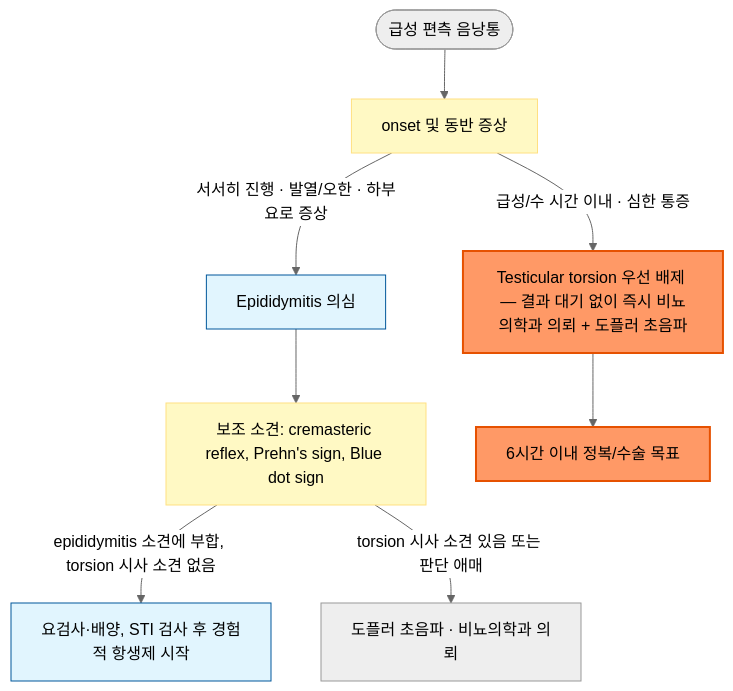
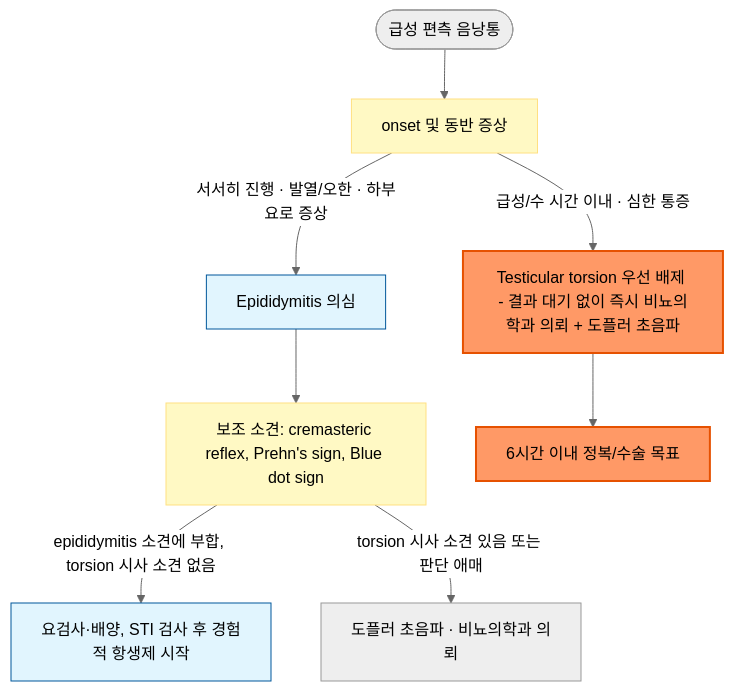
Before and after one commit to familyoh77/familyoh77: the diagram in 227_/121_-acute-epididymitis.md, drawn with Mermaid (neutral theme). The commit also changed other lines of this file and 122 other files, not shown here.

````diff
--- a/227_/121_-acute-epididymitis.md
+++ b/227_/121_-acute-epididymitis.md
@@ -98,16 +98,16 @@
 ```mermaid
 graph TD
     Start([급성 편측 음낭통]) --> Onset[onset 및 동반 증상]
-    Onset -->|급성/수 시간 이내 · 심한 통증| Torsion[Testicular torsion 우선 배제 — 결과 대기 없이 즉시 비뇨의학과 의뢰 + 도플러 초음파]
+    Onset -->|급성/수 시간 이내 · 심한 통증| Torsion[Testicular torsion 우선 배제 - 결과 대기 없이 즉시 비뇨의학과 의뢰 + 도플러 초음파]
     Onset -->|서서히 진행 · 발열/오한 · 하부요로 증상| Epi[Epididymitis 의심]
     Epi --> Adjunct[보조 소견: cremasteric reflex, Prehn's sign, Blue dot sign]
     Adjunct -->|epididymitis 소견에 부합, torsion 시사 소견 없음| Treat[요검사·배양, STI 검사 후 경험적 항생제 시작]
     Adjunct -->|torsion 시사 소견 있음 또는 판단 애매| Refer[도플러 초음파 · 비뇨의학과 의뢰]
     Torsion --> Surgery[6시간 이내 정복/수술 목표]
     classDef yellow fill:#fff9c4,stroke:#ffe082
     class Onset,Adjunct yellow
     style Torsion fill:#f96,stroke:#e65100,stroke-width:2px
     style Surgery fill:#f96,stroke:#e65100,stroke-width:2px
     style Epi fill:#e1f5fe,stroke:#01579b
     style Treat fill:#e1f5fe,stroke:#01579b
 ```
````
